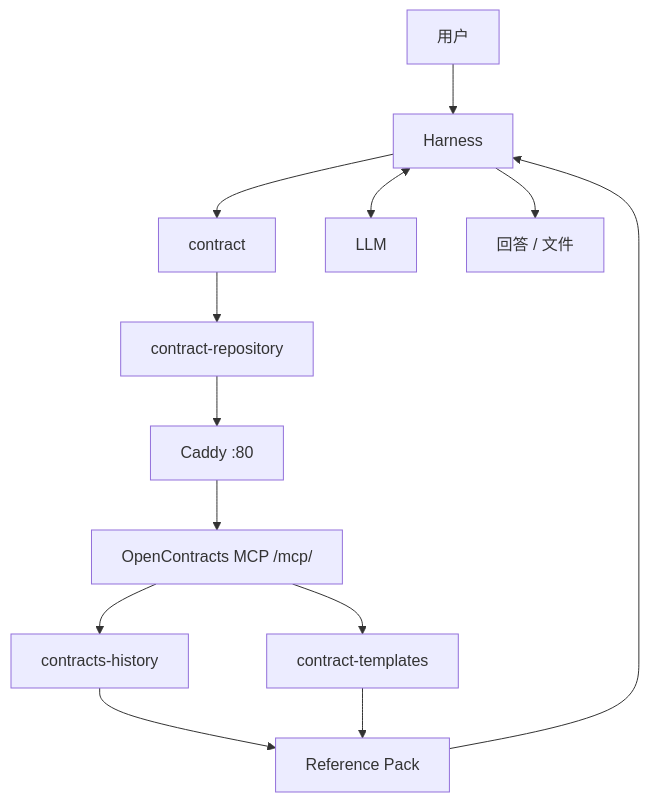
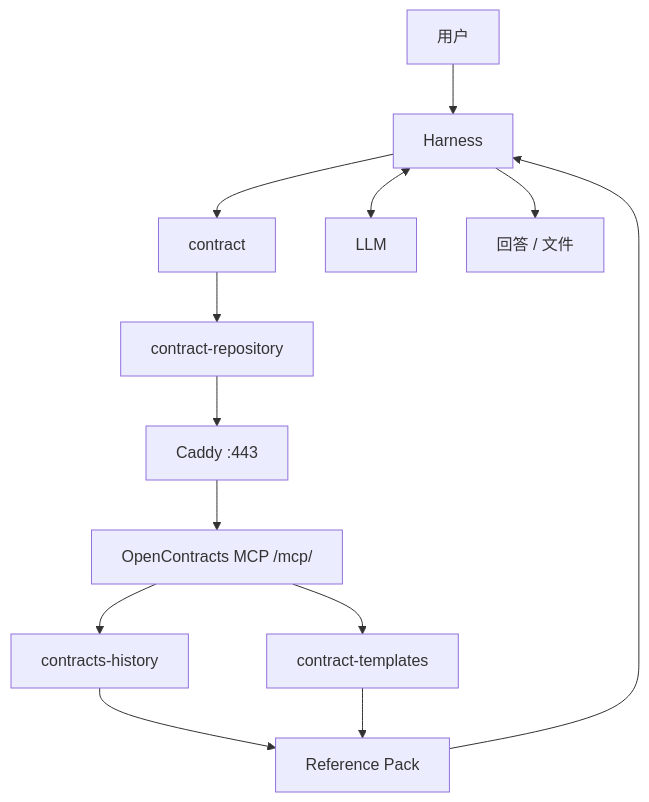
The second of 6 diagrams in docs/architecture/c4.md (Ri0n72Y/ContractBotConfig), drawn with Mermaid before and after one commit. The commit also changed other lines of this file, not shown here.

Commit message:
docs: restore HTTPS C4 architecture

````diff
--- a/docs/architecture/c4.md
+++ b/docs/architecture/c4.md
@@ -30,15 +30,15 @@
 ```mermaid
 flowchart TB
     U[用户] --> H[Harness]
     H --> S1[contract]
     S1 --> S2[contract-repository]
-    S2 --> C[Caddy :80]
+    S2 --> C[Caddy :443]
     C --> M[OpenContracts MCP /mcp/]
     M --> CH[contracts-history]
     M --> CT[contract-templates]
     CH --> R[Reference Pack]
     CT --> R
     R --> H
     H <--> L[LLM]
     H --> O[回答 / 文件]
 ```
````
